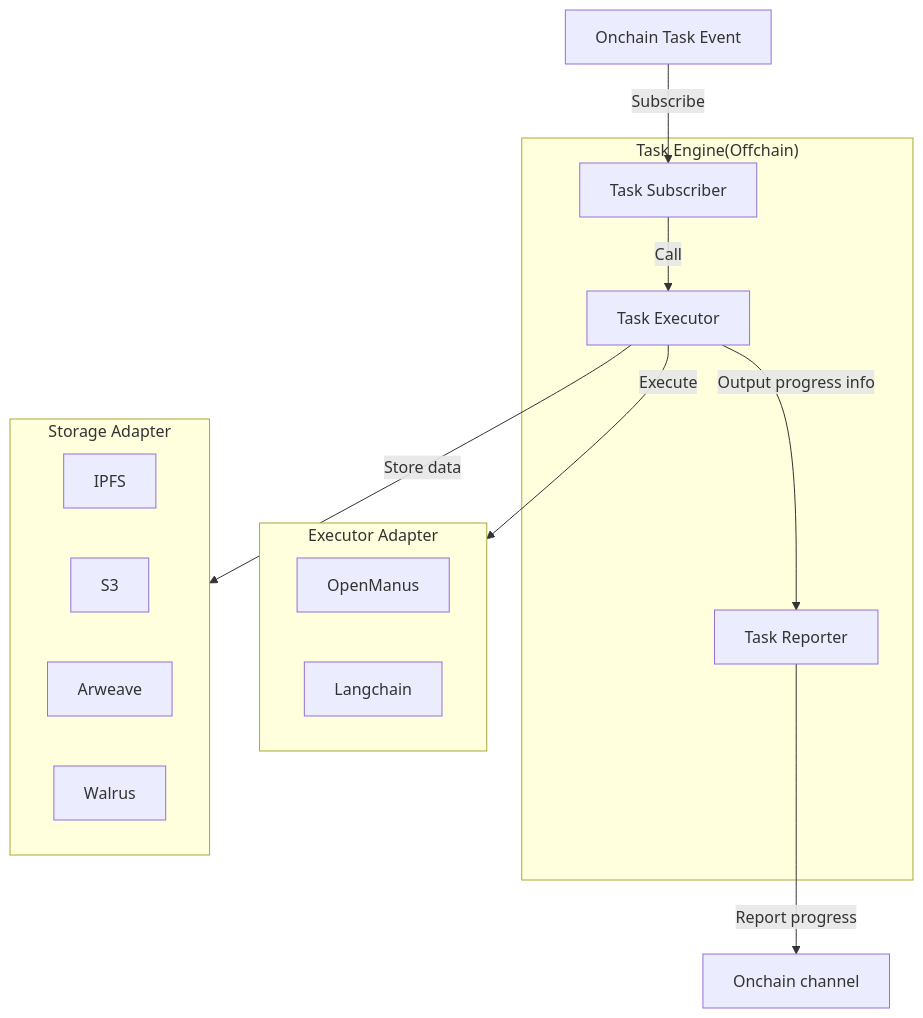
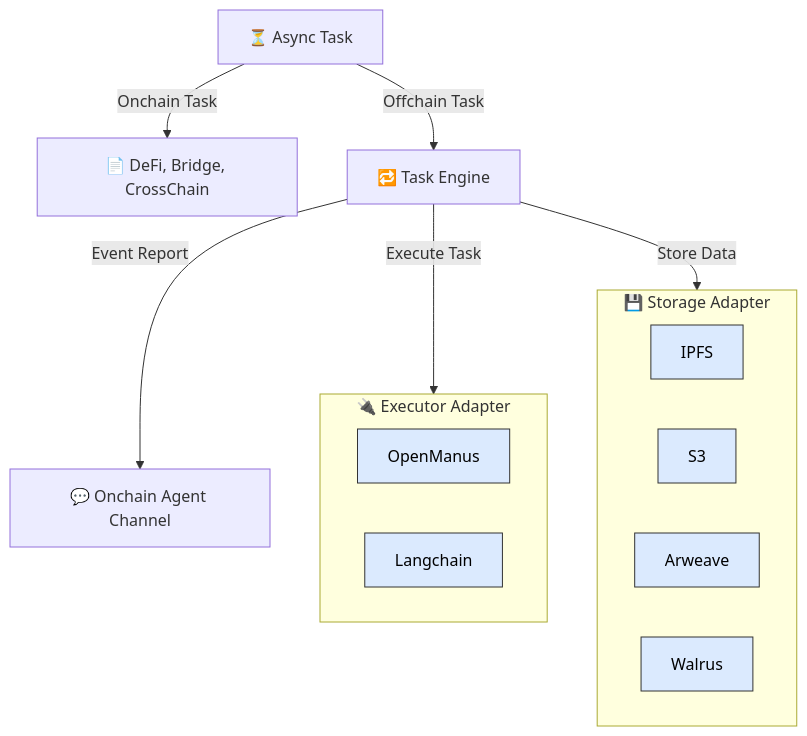
The fourth of 4 diagrams in website/public/docs/intro.md (wow-sven/nuwa), drawn with Mermaid before and after one commit. The commit also changed other lines of this file and 1 other file, not shown here.

Commit message:
Fix Architecture overview design #99

````diff
--- a/website/public/docs/intro.md
+++ b/website/public/docs/intro.md
@@ -81,27 +75,26 @@
 ```mermaid
-graph TB
-  C1[Onchain Task Event]
-  C2[Onchain channel]
-  subgraph "Task Engine(Offchain)"
-    T1[Task Subscriber]
-    T2[Task Executor]
-    T3[Task Reporter]
-  end
-  subgraph E [Executor Adapter]
-    E1[OpenManus]
-    E2[Langchain]
-  end
-  subgraph S [Storage Adapter]
-    IPFS
-    S3
-    Arweave
-    Walrus
-  end
+flowchart TD
+    %% Task System
+    Task[⏳ Async Task] -->|Onchain Task| Contracts[📄 DeFi, Bridge, CrossChain]
+    Task -->|Offchain Task| TaskEngine[🔁 Task Engine]
+    TaskEngine -->|Event Report| Chat[💬 Onchain Agent Channel]
 
-  C1 --> |Subscribe|T1
-  T1 --> |Call|T2
-  T2 --> |Execute|E
-  T2 --> |Store data|S
-  T2 --> |Output progress info|T3
-  T3 --> |Report progress|C2
+    subgraph Executors["🔌 Executor Adapter"]
+        Manus[OpenManus]
+        Lang[Langchain]
+    end
+
+    subgraph Storage["💾 Storage Adapter"]
+        IPFS
+        S3
+        Arweave
+        Walrus
+    end
+
+    TaskEngine -->|Execute Task| Executors
+    TaskEngine -->|Store Data| Storage
+
+    %% Styling
+    classDef adapter fill:#dbeafe,stroke:#333,color:#000;
+    class Manus,Lang,IPFS,S3,Arweave,Walrus adapter;
 ```
````
